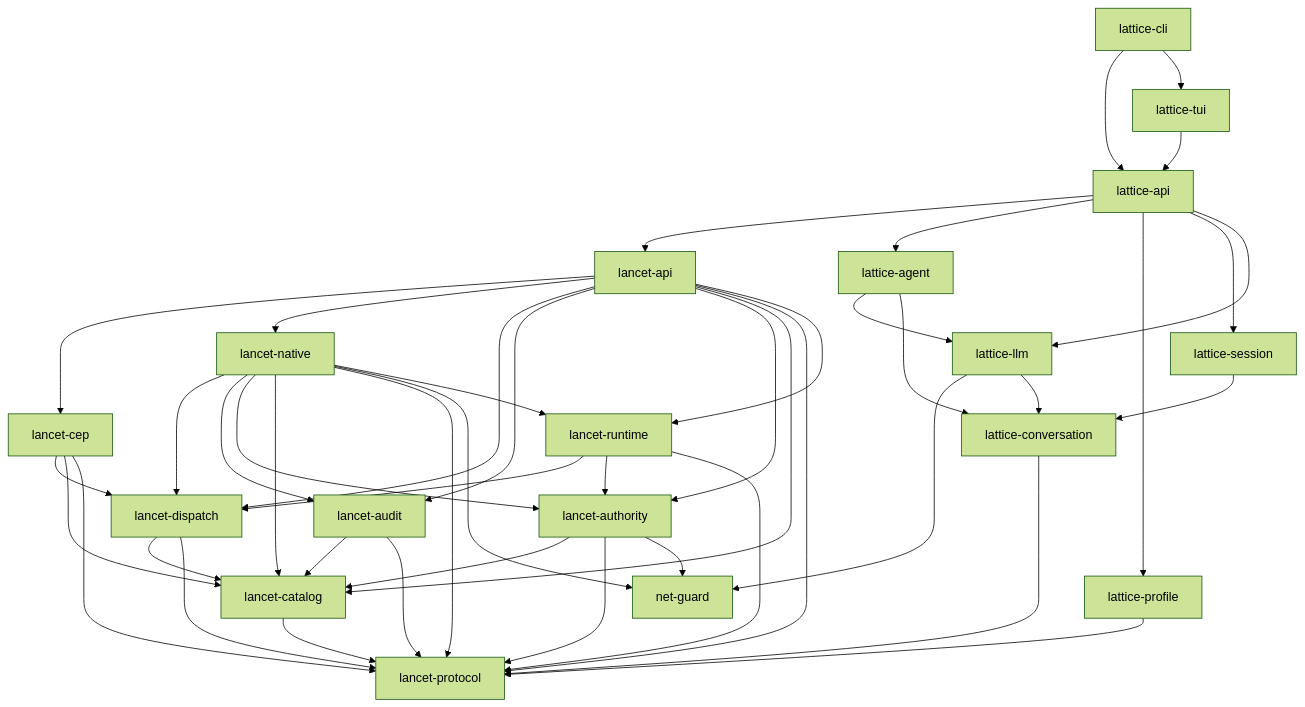
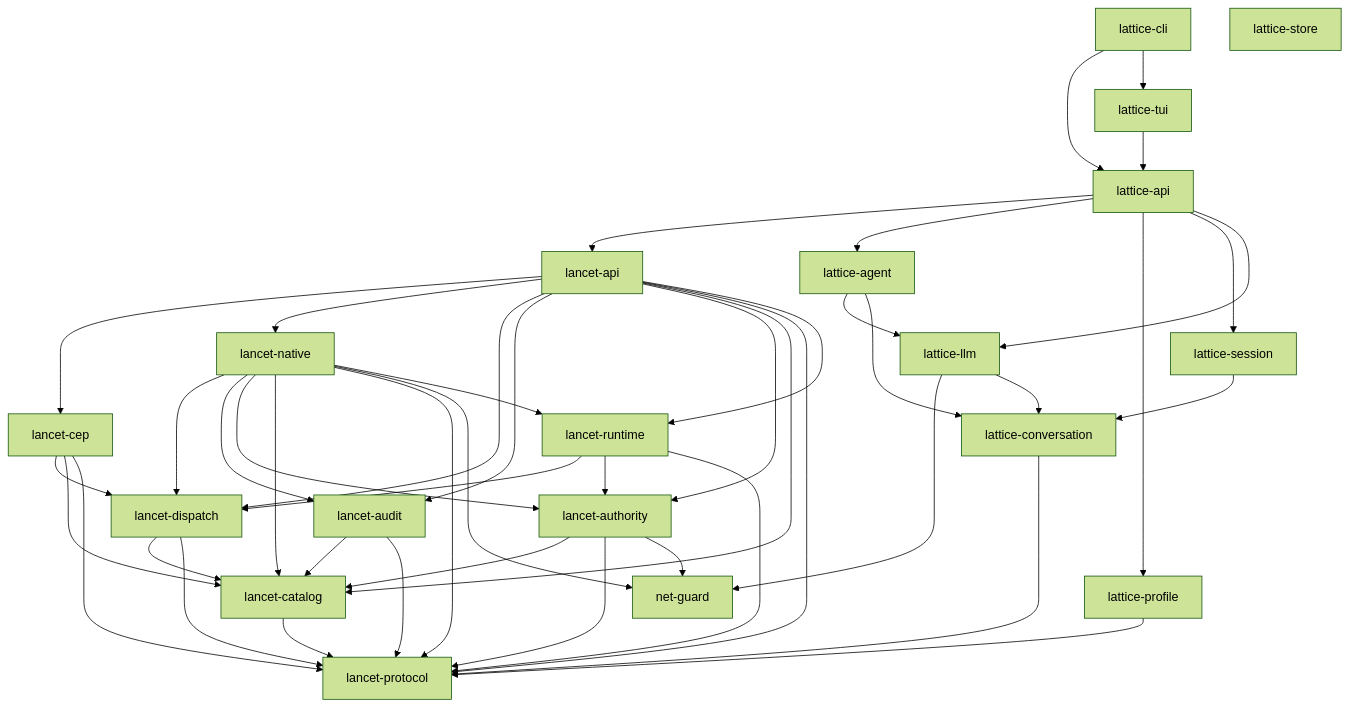
One commit to Skyline10124/lattice changed the second of 2 diagrams in docs/ARCHITECTURE.md. Above: the diagram before and after it, drawn with Mermaid (forest theme). The commit also changed other lines of this file and 20 other files, not shown here.

First line of the commit message:
feat(issue-143): add lattice-store private-Git durability kernel

```diff
--- a/docs/ARCHITECTURE.md
+++ b/docs/ARCHITECTURE.md
@@ -131,6 +131,7 @@
 
     %% Layer 0 — leaves
     PROTOCOL["lancet-protocol"]
+    STORE["lattice-store"]
     NETGUARD["net-guard"]
     CONVERSATION["lattice-conversation"]
     LLM["lattice-llm"]
```
